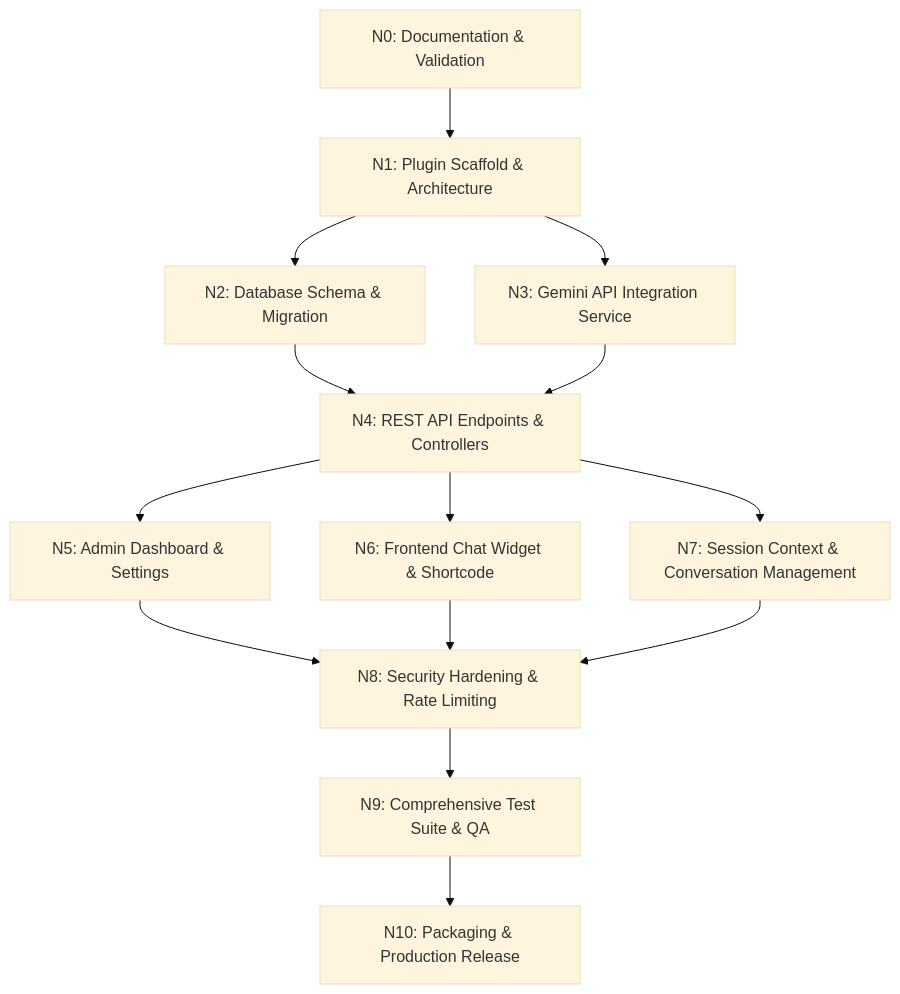
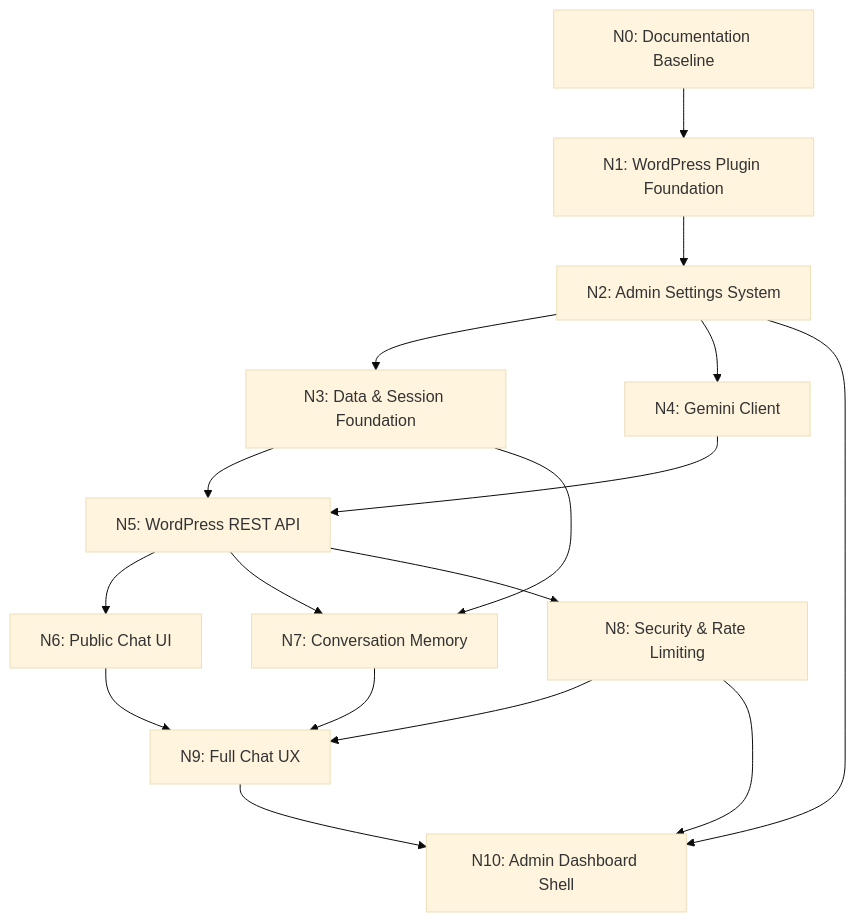
One commit to jattiphrswan/chatbot changed the diagram in ROADMAP.md. Above: the diagram before and after it, drawn with Mermaid (base theme). The commit also changed other lines of this file and 1 other file, not shown here.

Commit message:
docs: align ROADMAP.md and PROJECT_INSTRUCTIONS.md with approved 11-node sequence

````diff
--- a/ROADMAP.md
+++ b/ROADMAP.md
@@ -5,16 +5,19 @@
 ```mermaid
 flowchart TD
-    N0[N0: Documentation & Validation] --> N1[N1: Plugin Scaffold & Architecture]
-    N1 --> N2[N2: Database Schema & Migration]
-    N1 --> N3[N3: Gemini API Integration Service]
-    N2 --> N4[N4: REST API Endpoints & Controllers]
-    N3 --> N4
-    N4 --> N5[N5: Admin Dashboard & Settings]
-    N4 --> N6[N6: Frontend Chat Widget & Shortcode]
-    N4 --> N7[N7: Session Context & Conversation Management]
-    N5 --> N8[N8: Security Hardening & Rate Limiting]
-    N6 --> N8
-    N7 --> N8
-    N8 --> N9[N9: Comprehensive Test Suite & QA]
-    N9 --> N10[N10: Packaging & Production Release]
+    N0[N0: Documentation Baseline] --> N1[N1: WordPress Plugin Foundation]
+    N1 --> N2[N2: Admin Settings System]
+    N2 --> N3[N3: Data & Session Foundation]
+    N2 --> N4[N4: Gemini Client]
+    N3 --> N5[N5: WordPress REST API]
+    N4 --> N5
+    N5 --> N6[N6: Public Chat UI]
+    N3 --> N7[N7: Conversation Memory]
+    N5 --> N7
+    N5 --> N8[N8: Security & Rate Limiting]
+    N6 --> N9[N9: Full Chat UX]
+    N7 --> N9
+    N8 --> N9
+    N2 --> N10[N10: Admin Dashboard Shell]
+    N8 --> N10
+    N9 --> N10
 ```
````
